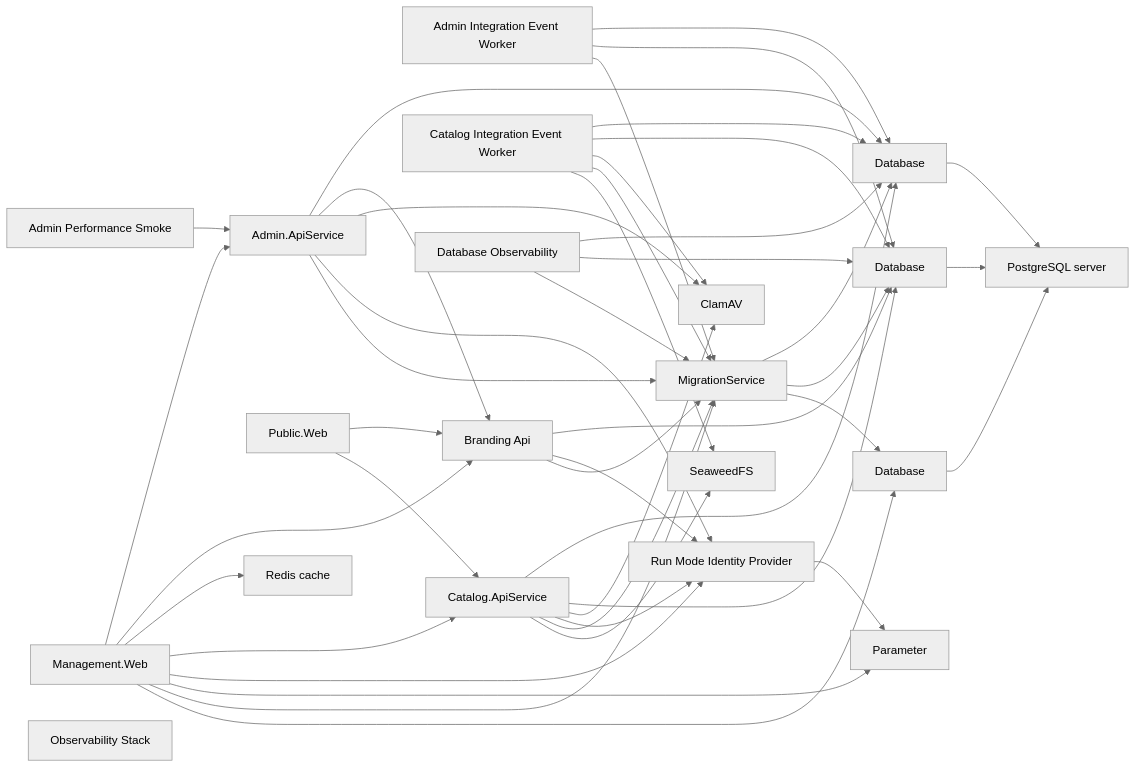
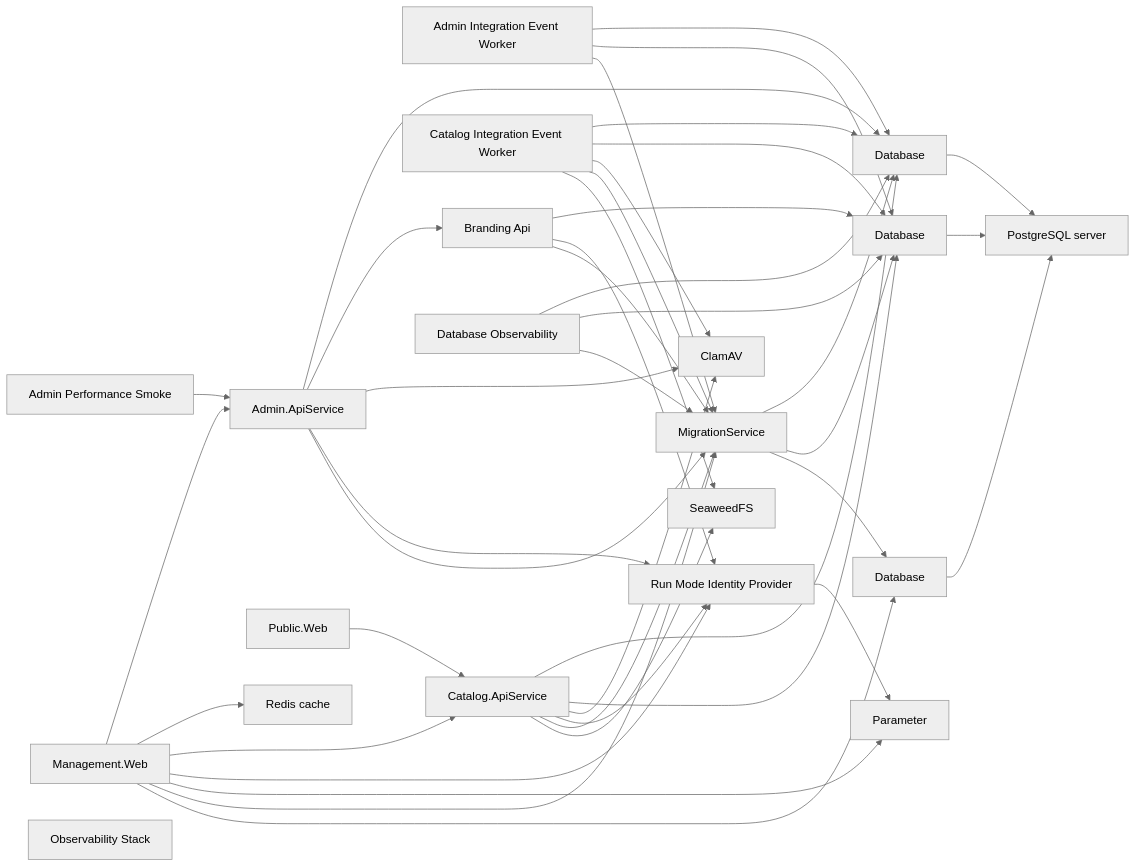
One commit to danigutsch/ViajantesTurismo changed the diagram in docs/architecture/runtime-wiring-and-deployment.md. Above: the diagram before and after it, drawn with Mermaid (neutral theme). The commit also changed 212 other files, not shown here.

````diff
--- a/docs/architecture/runtime-wiring-and-deployment.md
+++ b/docs/architecture/runtime-wiring-and-deployment.md
@@ -21,66 +21,64 @@
 ```mermaid
 flowchart LR
     AdminIntegrationEventWorker[Admin Integration Event Worker]
     AdminPerformanceSmoke[Admin Performance Smoke]
     apiService[Admin.ApiService]
     brandingApiService[Branding Api]
     CatalogIntegrationEventWorker[Catalog Integration Event Worker]
     catalogApiService[Catalog.ApiService]
     clamAv[ClamAV]
     adminDatabase[Database]
     catalogDatabase[Database]
     securityDatabase[Database]
     DatabaseObservability[Database Observability]
     ManagementWeb[Management.Web]
     migrationService[MigrationService]
     ObservabilityStack[Observability Stack]
     managementWebClientSecret[Parameter]
     databaseServer[PostgreSQL server]
     PublicWeb[Public.Web]
     cache[Redis cache]
     identityProvider[Run Mode Identity Provider]
     seaweedFs[SeaweedFS]
     AdminIntegrationEventWorker --> adminDatabase
     AdminIntegrationEventWorker --> catalogDatabase
     AdminIntegrationEventWorker --> migrationService
     AdminPerformanceSmoke --> apiService
     CatalogIntegrationEventWorker --> adminDatabase
     CatalogIntegrationEventWorker --> catalogDatabase
     CatalogIntegrationEventWorker --> clamAv
     CatalogIntegrationEventWorker --> migrationService
     CatalogIntegrationEventWorker --> seaweedFs
     DatabaseObservability --> adminDatabase
     DatabaseObservability --> catalogDatabase
     DatabaseObservability --> migrationService
     ManagementWeb --> apiService
-    ManagementWeb --> brandingApiService
     ManagementWeb --> cache
     ManagementWeb --> catalogApiService
     ManagementWeb --> identityProvider
     ManagementWeb --> managementWebClientSecret
     ManagementWeb --> migrationService
     ManagementWeb --> securityDatabase
-    PublicWeb --> brandingApiService
     PublicWeb --> catalogApiService
     adminDatabase --> databaseServer
     apiService --> adminDatabase
     apiService --> brandingApiService
     apiService --> clamAv
     apiService --> identityProvider
     apiService --> migrationService
     brandingApiService --> catalogDatabase
     brandingApiService --> identityProvider
     brandingApiService --> migrationService
     catalogApiService --> adminDatabase
     catalogApiService --> catalogDatabase
     catalogApiService --> clamAv
     catalogApiService --> identityProvider
     catalogApiService --> migrationService
     catalogApiService --> seaweedFs
     catalogDatabase --> databaseServer
     identityProvider --> managementWebClientSecret
     migrationService --> adminDatabase
     migrationService --> catalogDatabase
     migrationService --> securityDatabase
     securityDatabase --> databaseServer
 ```
````
